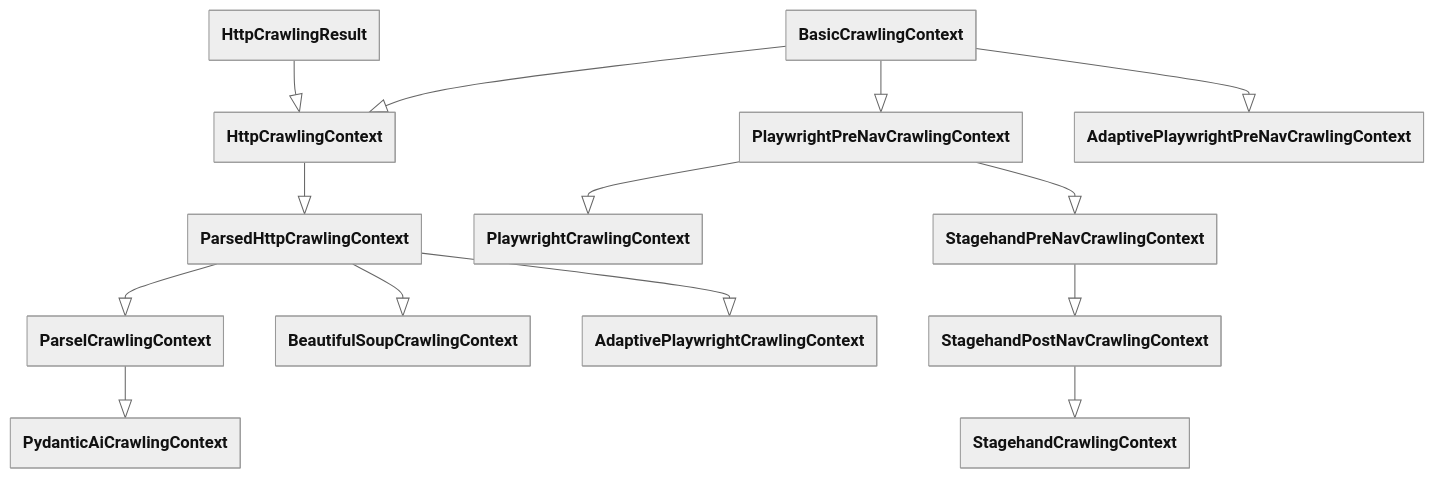
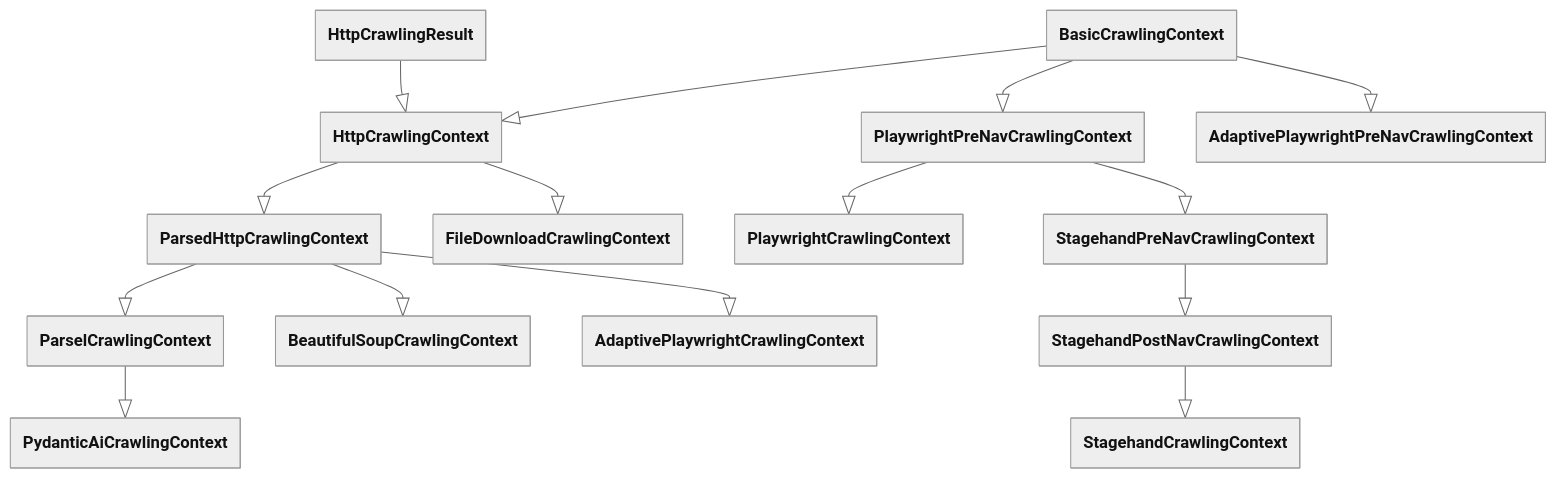
Before and after one commit to apify/crawlee-python: the second of 5 diagrams in docs/guides/architecture_overview.mdx, drawn with Mermaid (neutral theme). The commit also changed other lines of this file and 10 other files, not shown here.

````diff
--- a/docs/guides/architecture_overview.mdx
+++ b/docs/guides/architecture_overview.mdx
@@ -102,71 +106,75 @@
 ```mermaid
 ---
 config:
     class:
         hideEmptyMembersBox: true
 ---
 
 classDiagram
 
 %% ========================
 %% Classes
 %% ========================
 
 class BasicCrawlingContext
 
 class HttpCrawlingContext
 
 class HttpCrawlingResult
 
 class ParsedHttpCrawlingContext
 
 class ParselCrawlingContext
 
 class BeautifulSoupCrawlingContext
 
 class PydanticAiCrawlingContext
+
+class FileDownloadCrawlingContext
 
 class PlaywrightPreNavCrawlingContext
 
 class PlaywrightCrawlingContext
 
 class AdaptivePlaywrightPreNavCrawlingContext
 
 class AdaptivePlaywrightCrawlingContext
 
 class StagehandPreNavCrawlingContext
 
 class StagehandPostNavCrawlingContext
 
 class StagehandCrawlingContext
 
 %% ========================
 %% Inheritance arrows
 %% ========================
 
 BasicCrawlingContext --|> HttpCrawlingContext
 
 HttpCrawlingResult --|> HttpCrawlingContext
 
 HttpCrawlingContext --|> ParsedHttpCrawlingContext
 
 ParsedHttpCrawlingContext --|> ParselCrawlingContext
 
 ParsedHttpCrawlingContext --|> BeautifulSoupCrawlingContext
 
 ParselCrawlingContext --|> PydanticAiCrawlingContext
 
+HttpCrawlingContext --|> FileDownloadCrawlingContext
+
 BasicCrawlingContext --|> PlaywrightPreNavCrawlingContext
 
 PlaywrightPreNavCrawlingContext --|> PlaywrightCrawlingContext
 
 BasicCrawlingContext --|> AdaptivePlaywrightPreNavCrawlingContext
 
 ParsedHttpCrawlingContext --|> AdaptivePlaywrightCrawlingContext
 
 PlaywrightPreNavCrawlingContext --|> StagehandPreNavCrawlingContext
 
 StagehandPreNavCrawlingContext --|> StagehandPostNavCrawlingContext
 
 StagehandPostNavCrawlingContext --|> StagehandCrawlingContext
 ```
````
